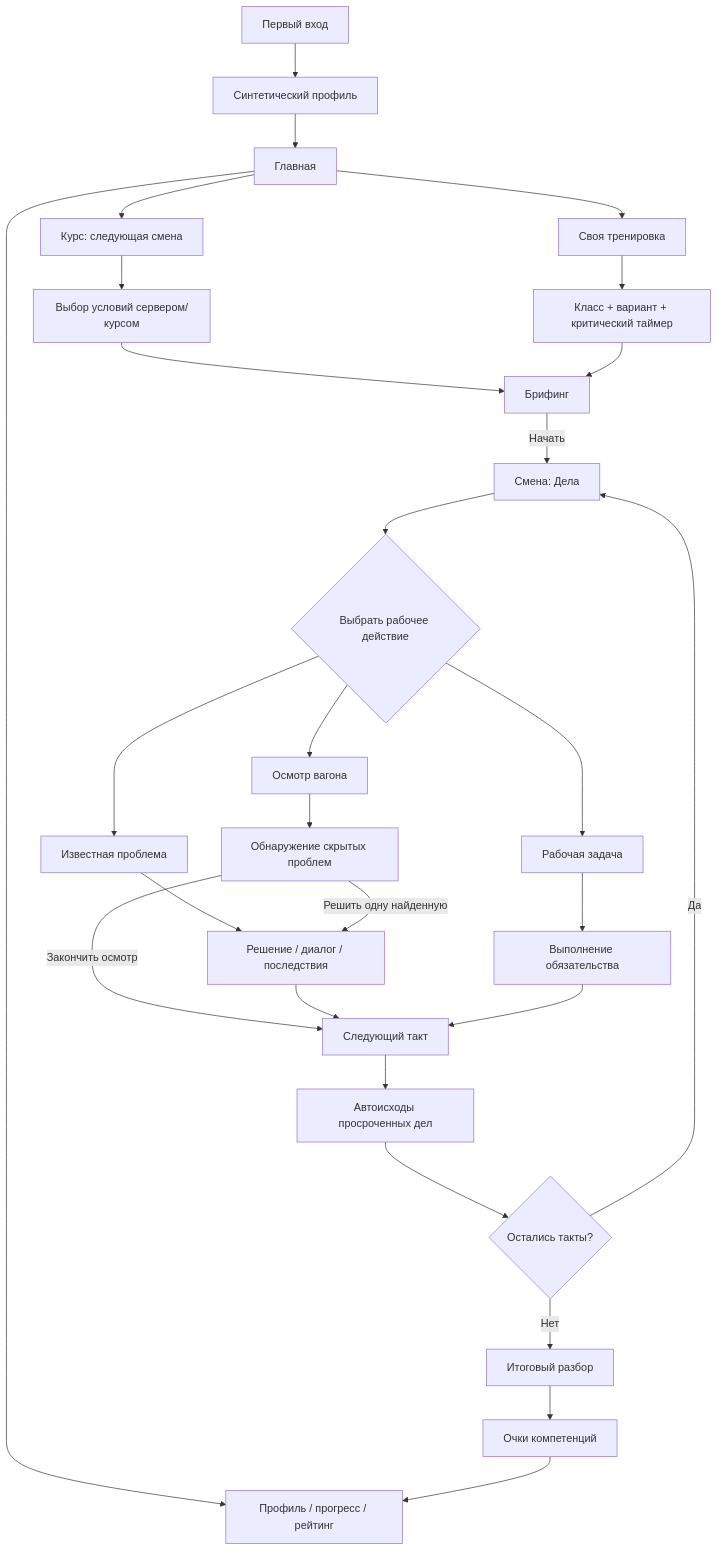
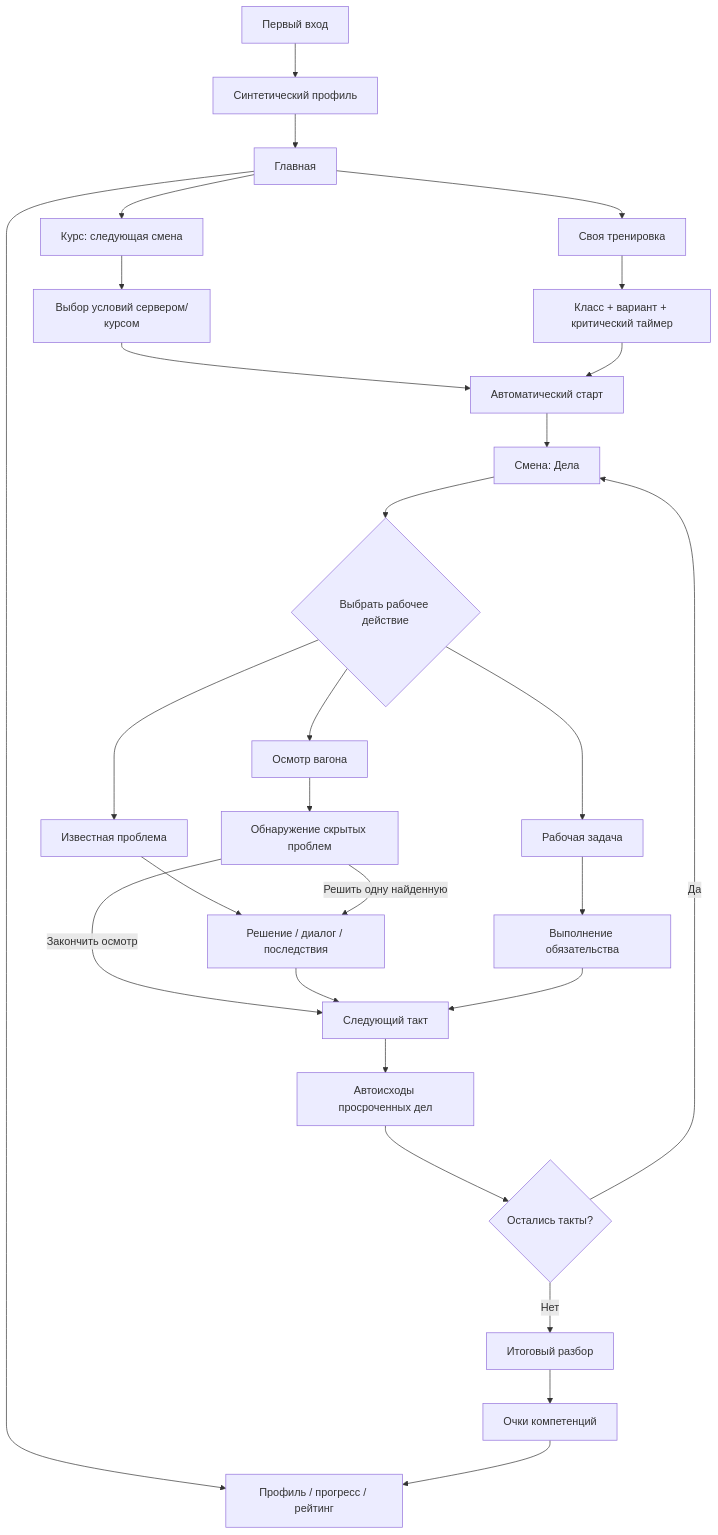
The first of 3 diagrams in docs/USER-FLOW.md (RomaGrach/mt-hackathon), drawn with Mermaid before and after one commit. The commit also changed other lines of this file and 21 other files, not shown here.

```diff
--- a/docs/USER-FLOW.md
+++ b/docs/USER-FLOW.md
@@ -9,30 +9,30 @@
 ~~~mermaid
 flowchart TD
   A[Первый вход] --> B[Синтетический профиль]
   B --> C[Главная]
   C --> D[Курс: следующая смена]
   C --> E[Своя тренировка]
   C --> P[Профиль / прогресс / рейтинг]
   D --> F[Выбор условий сервером/курсом]
   E --> G[Класс + вариант + критический таймер]
-  F --> H[Брифинг]
+  F --> H[Автоматический старт]
   G --> H
-  H -->|Начать| I[Смена: Дела]
+  H --> I[Смена: Дела]
   I --> J{Выбрать рабочее действие}
   J --> K[Известная проблема]
   J --> L[Рабочая задача]
   J --> M[Осмотр вагона]
   K --> N[Решение / диалог / последствия]
   L --> O[Выполнение обязательства]
   M --> Q[Обнаружение скрытых проблем]
   Q -->|Решить одну найденную| N
   Q -->|Закончить осмотр| R[Следующий такт]
   N --> R
   O --> R
   R --> S[Автоисходы просроченных дел]
   S --> T{Остались такты?}
   T -->|Да| I
   T -->|Нет| U[Итоговый разбор]
   U --> V[Очки компетенций]
   V --> P
 ~~~
```
